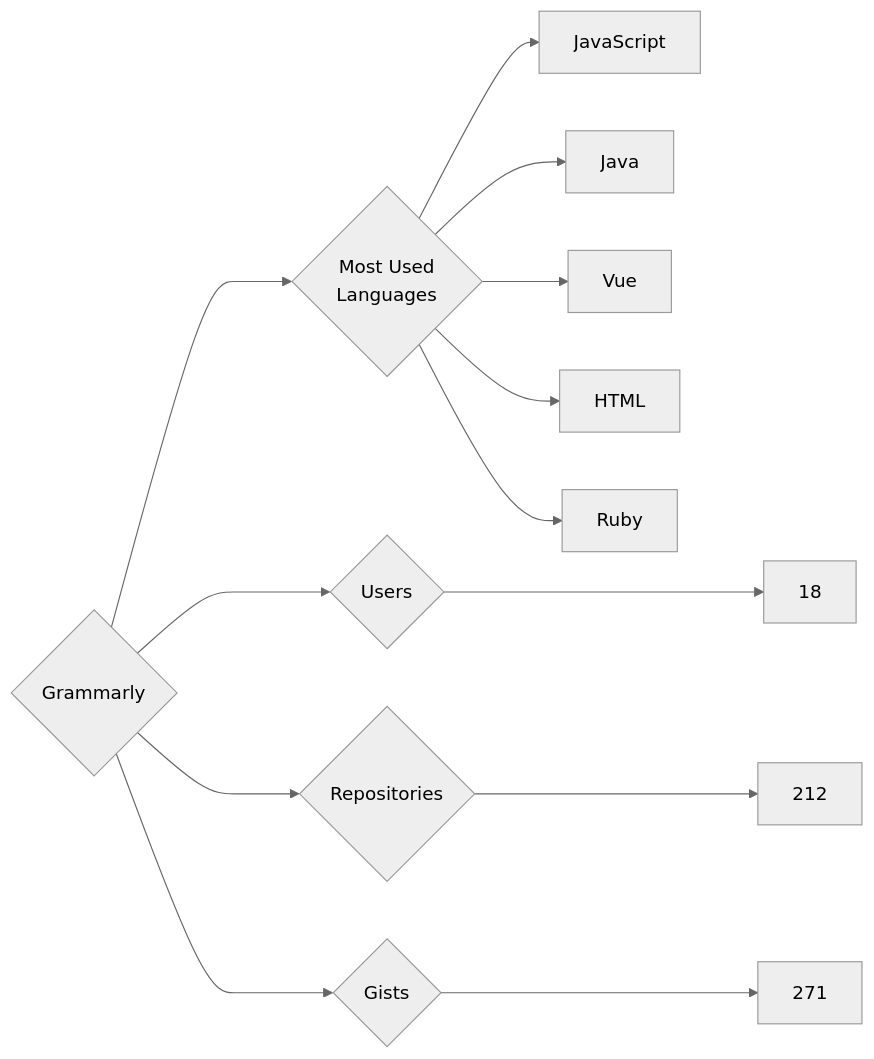
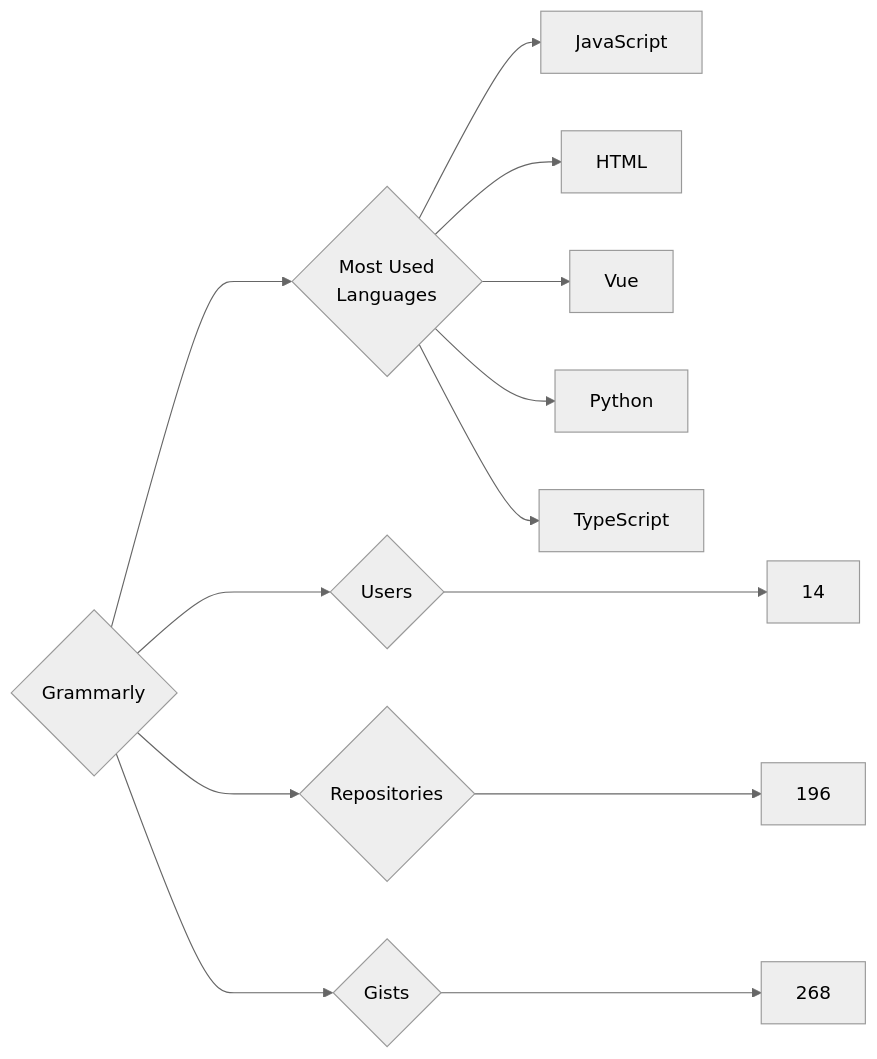
Before and after one commit to trickest/insiders: the diagram in targets/Grammarly/README.md, drawn with Mermaid (neutral theme). The commit also changed 679 other files, not shown here.

````diff
--- a/targets/Grammarly/README.md
+++ b/targets/Grammarly/README.md
@@ -3,13 +3,13 @@
 ```mermaid
 graph LR
 COMPANY_NAME{Grammarly}
-COMPANY_NAME ---> U{Users} ---> UN[18]
-COMPANY_NAME ---> R{Repositories} ---> RN[212]
-COMPANY_NAME ---> G{Gists} ---> GN[271]
+COMPANY_NAME ---> U{Users} ---> UN[14]
+COMPANY_NAME ---> R{Repositories} ---> RN[196]
+COMPANY_NAME ---> G{Gists} ---> GN[268]
 COMPANY_NAME ---> ML{Most Used<br>Languages}
 ML --> JavaScript[JavaScript]
-ML --> Java[Java]
+ML --> HTML[HTML]
 ML --> Vue[Vue]
-ML --> HTML[HTML]
-ML --> Ruby[Ruby]
+ML --> Python[Python]
+ML --> TypeScript[TypeScript]
 ```
````
